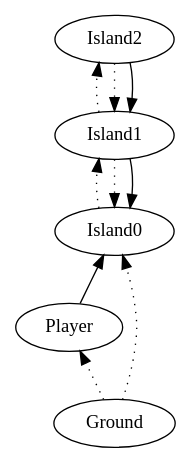
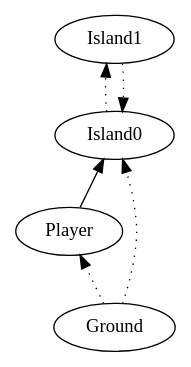
One commit to increpare/AbstractPropagationSim changed the diagram in mid/19/outline.gv. Above: the diagram before and after it, drawn with Graphviz. The commit also changed 11 other files, not shown here.

```diff
--- a/mid/19/outline.gv
+++ b/mid/19/outline.gv
@@ -1,12 +1,8 @@
 digraph G {
 rankdir = BT;
 	"Ground" -> "Player" [style=dotted];
 	"Player" -> "Island0";
 	"Island1" -> "Island0" [style=dotted];
 	"Ground" -> "Island0" [style=dotted];
 	"Island0" -> "Island1" [style=dotted];
-	"Island2" -> "Island1" [style=dotted];
-	"Island1" -> "Island2" [style=dotted];
-	"Island1" -> "Island0";
-	"Island2" -> "Island1";
 }
```
